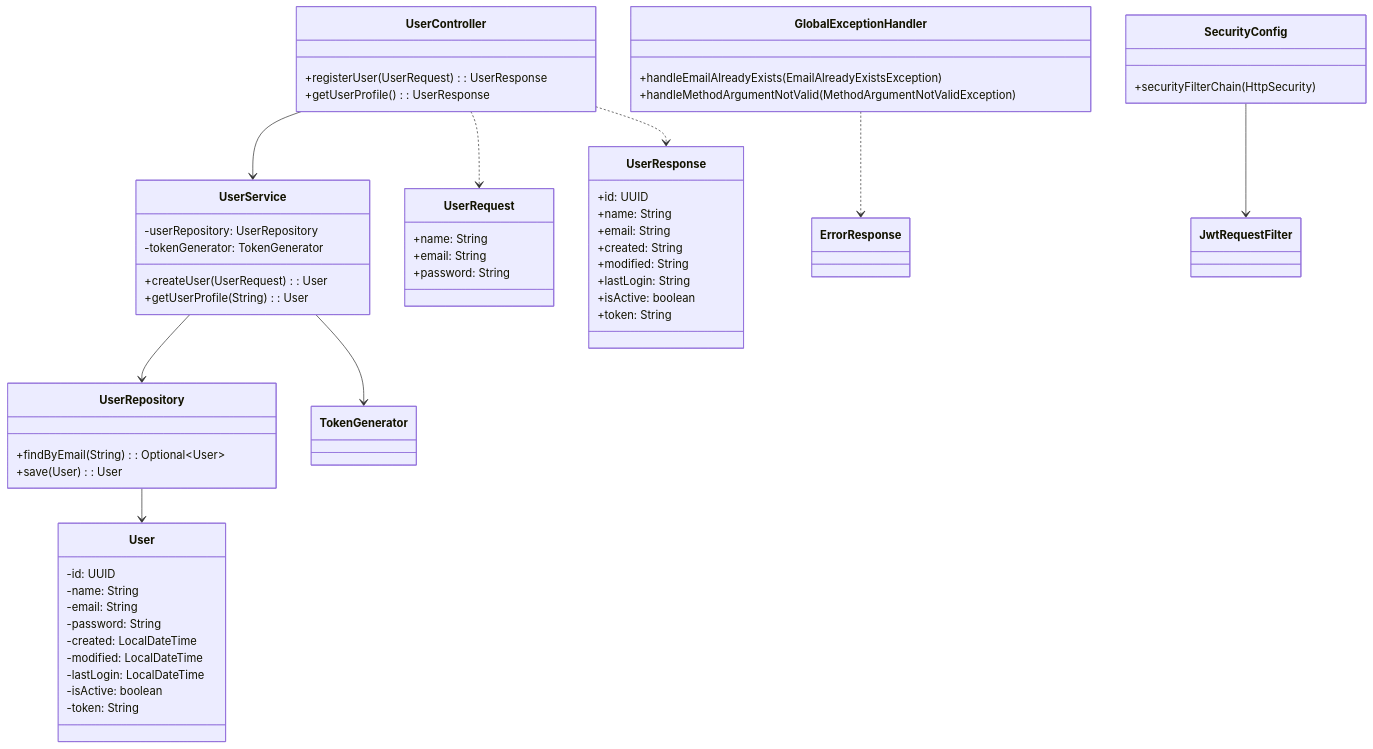
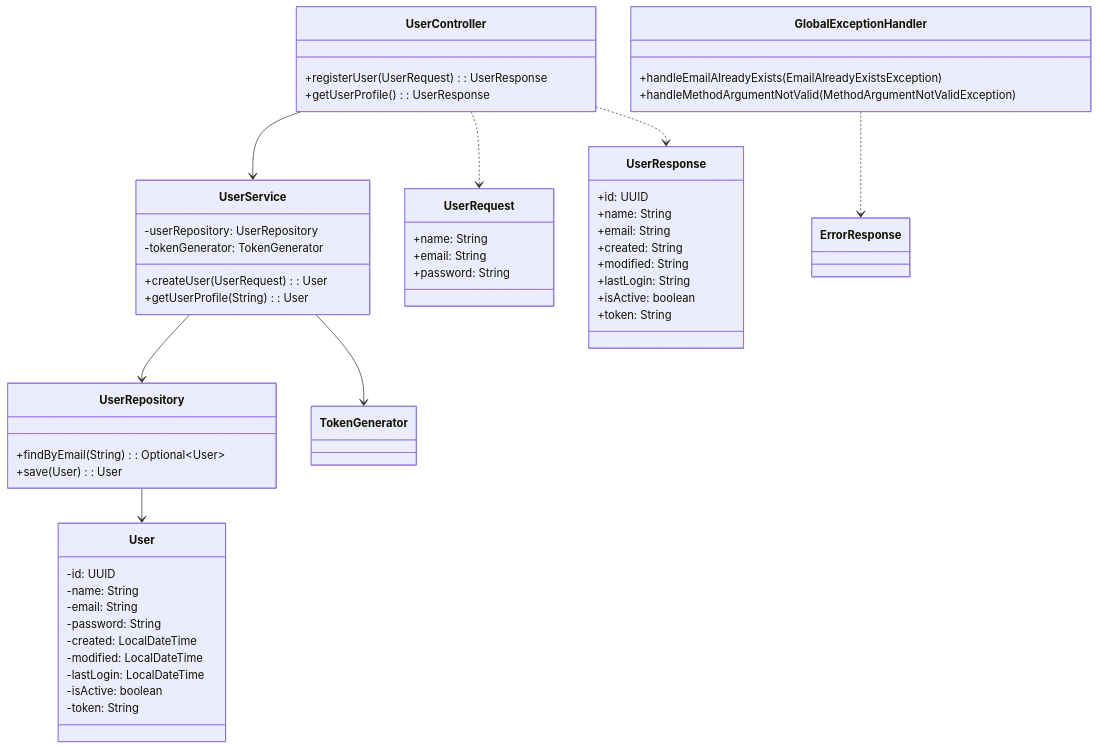
The diagram in README.md (diegocalza-lagash/api-users), drawn with Mermaid before and after one commit. The commit also changed other lines of this file, not shown here.

````diff
--- a/README.md
+++ b/README.md
@@ -7,66 +7,62 @@
 ```mermaid
 classDiagram
     class UserController {
         +registerUser(UserRequest): UserResponse
         +getUserProfile(): UserResponse
     }
     
     class UserService {
         -userRepository: UserRepository
         -tokenGenerator: TokenGenerator
         +createUser(UserRequest): User
         +getUserProfile(String): User
     }
     
     class UserRepository {
         +findByEmail(String): Optional~User~
         +save(User): User
     }
     
     class User {
         -id: UUID
         -name: String
         -email: String
         -password: String
         -created: LocalDateTime
         -modified: LocalDateTime
         -lastLogin: LocalDateTime
         -isActive: boolean
         -token: String
     }
     
     class UserRequest {
         +name: String
         +email: String
         +password: String
     }
     
     class UserResponse {
         +id: UUID
         +name: String
         +email: String
         +created: String
         +modified: String
         +lastLogin: String
         +isActive: boolean
         +token: String
     }
     
     class GlobalExceptionHandler {
         +handleEmailAlreadyExists(EmailAlreadyExistsException)
         +handleMethodArgumentNotValid(MethodArgumentNotValidException)
     }
     
-    class SecurityConfig {
-        +securityFilterChain(HttpSecurity)
-    }
     
     UserController --> UserService
     UserService --> UserRepository
     UserService --> TokenGenerator
     UserRepository --> User
     UserController ..> UserRequest
     UserController ..> UserResponse
     GlobalExceptionHandler ..> ErrorResponse
-    SecurityConfig --> JwtRequestFilter
 ```
````
